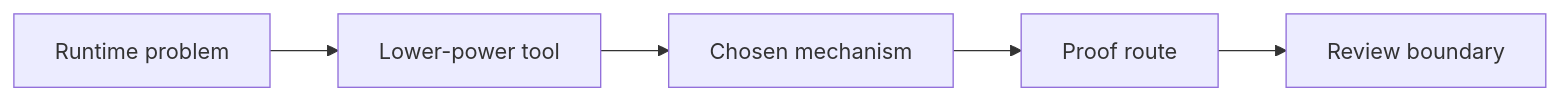
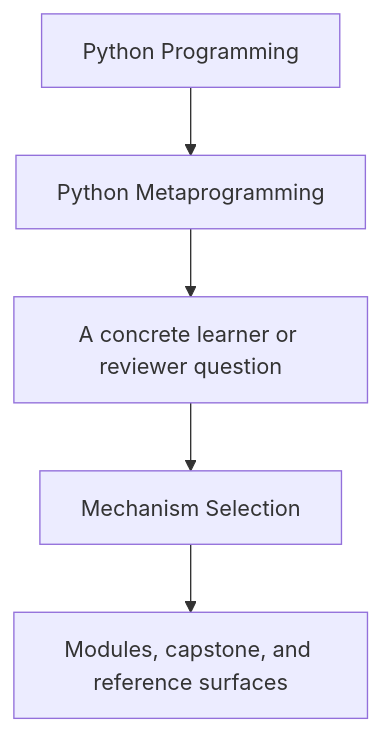
The first of 2 diagrams in programs/python-programming/python-meta-programming/course-book/guides/mechanism-selection.md (bijux/bijux-masterclass), drawn with Mermaid before and after one commit. The commit also changed other lines of this file and 15 other files, not shown here.

Commit message:
docs(python-meta-programming): sharpen guide and reference diagrams

````diff
--- a/programs/python-programming/python-meta-programming/course-book/guides/mechanism-selection.md
+++ b/programs/python-programming/python-meta-programming/course-book/guides/mechanism-selection.md
@@ -6,10 +6,7 @@
 ```mermaid
-graph LR
-  problem["Runtime problem"]
-  low["Lower-power tool"]
-  choice["Chosen mechanism"]
-  proof["Proof route"]
-  review["Review boundary"]
-
-  problem --> low --> choice --> proof --> review
+flowchart TD
+  family["Python Programming"] --> program["Python Metaprogramming"]
+  program --> pressure["A concrete learner or reviewer question"]
+  pressure --> guide["Mechanism Selection"]
+  guide --> next["Modules, capstone, and reference surfaces"]
 ```
````
